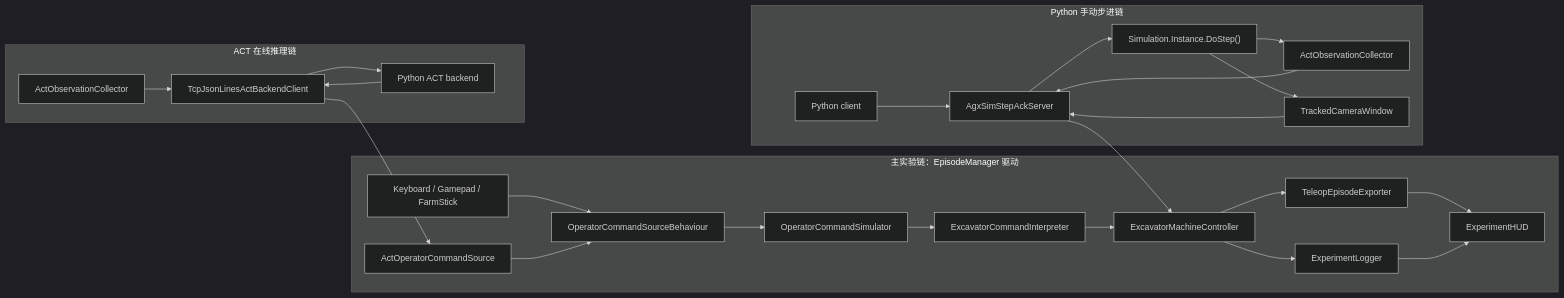
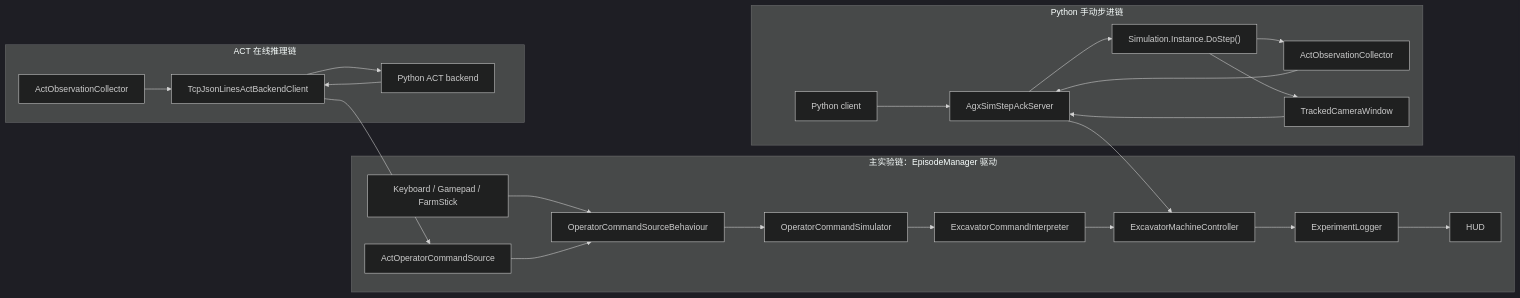
One commit to FansenXi/AGXExcavatorCodeDoc changed the second of 2 diagrams in Docs/excavator_current_project_structure.md. Above: the diagram before and after it, drawn with Mermaid (dark theme). The commit also changed other lines of this file and 18 other files, not shown here.

````diff
--- a/Docs/excavator_current_project_structure.md
+++ b/Docs/excavator_current_project_structure.md
@@ -266,31 +283,29 @@
 ```mermaid
 flowchart LR
   subgraph MainLoop["主实验链：EpisodeManager 驱动"]
     K["Keyboard / Gamepad / FarmStick"] --> SRC["OperatorCommandSourceBehaviour"]
     ACTSRC["ActOperatorCommandSource"] --> SRC
     SRC --> SIM["OperatorCommandSimulator"]
     SIM --> INT["ExcavatorCommandInterpreter"]
     INT --> MACH["ExcavatorMachineController"]
     MACH --> LOG["ExperimentLogger"]
-    MACH --> EXP["TeleopEpisodeExporter"]
-    EXP --> HUD["ExperimentHUD"]
     LOG --> HUD
   end
 
   subgraph ActPath["ACT 在线推理链"]
     OBS["ActObservationCollector"] --> TCP["TcpJsonLinesActBackendClient"]
     TCP --> PYACT["Python ACT backend"]
     PYACT --> TCP
     TCP --> ACTSRC
   end
 
   subgraph StepAck["Python 手动步进链"]
     PY["Python client"] --> STEP["AgxSimStepAckServer"]
     STEP --> MACH
     STEP --> DOSTEP["Simulation.Instance.DoStep()"]
     DOSTEP --> OBS2["ActObservationCollector"]
     DOSTEP --> CAM["TrackedCameraWindow"]
     OBS2 --> STEP
     CAM --> STEP
   end
 ```
````
